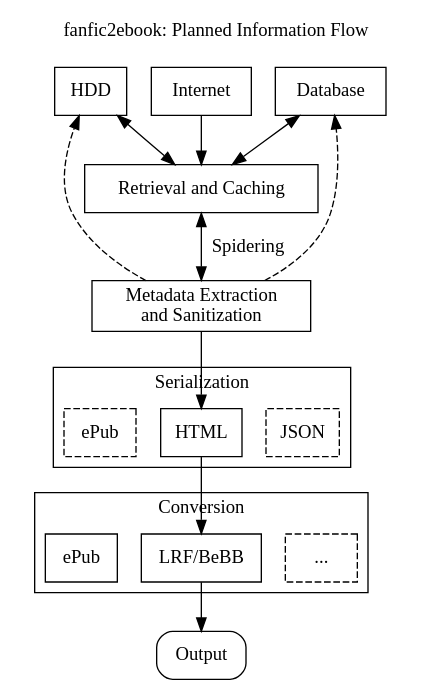
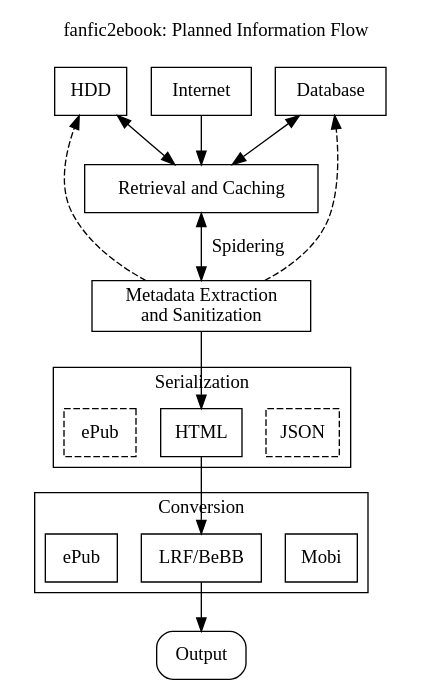
The diagram in planned_architecture.dot (ssokolow/fanfic2ebook), drawn with Graphviz before and after one commit. The commit also changed 9 other files, not shown here.

```diff
--- a/planned_architecture.dot
+++ b/planned_architecture.dot
@@ -1,45 +1,45 @@
 /* TODO: Figure out how to make the arrows go to the clusters, rather than
  * their contents. */
 
 digraph G {
     labelloc=t;
     node [shape=box];
 
     subgraph cluster_sources {
         style=invisible;
         db [label="Database"];
         internet [label="Internet"];
         hdd [label="HDD"];
     }
 
     retrieval [label="Retrieval and Caching"];
     parsing [label="Metadata Extraction\nand Sanitization"];
 
     subgraph cluster_serialization {
         label = "Serialization";
         ser_json [label="JSON",style=dashed];
         ser_html [label="HTML"];
         ser_epub [label="ePub",style=dashed];
     }
 
     subgraph cluster_conversion {
         label = "Conversion";
-        conv_etc  [label="...",style=dashed];
+        conv_mobi  [label="Mobi"];
         conv_lrf  [label="LRF/BeBB"];
         conv_epub [label="ePub"];
     }
 
     output [label="Output",style=rounded];
 
     internet -> retrieval;
     hdd -> retrieval [dir=both];
     db -> retrieval [dir=both];
     retrieval -> parsing [dir=both,label="Spidering"];
     parsing -> hdd [style=dashed];
     parsing -> db [style=dashed];
     parsing -> ser_html;
     ser_html -> conv_lrf;
     conv_lrf -> output;
 
     label="fanfic2ebook: Planned Information Flow";
 }
```
